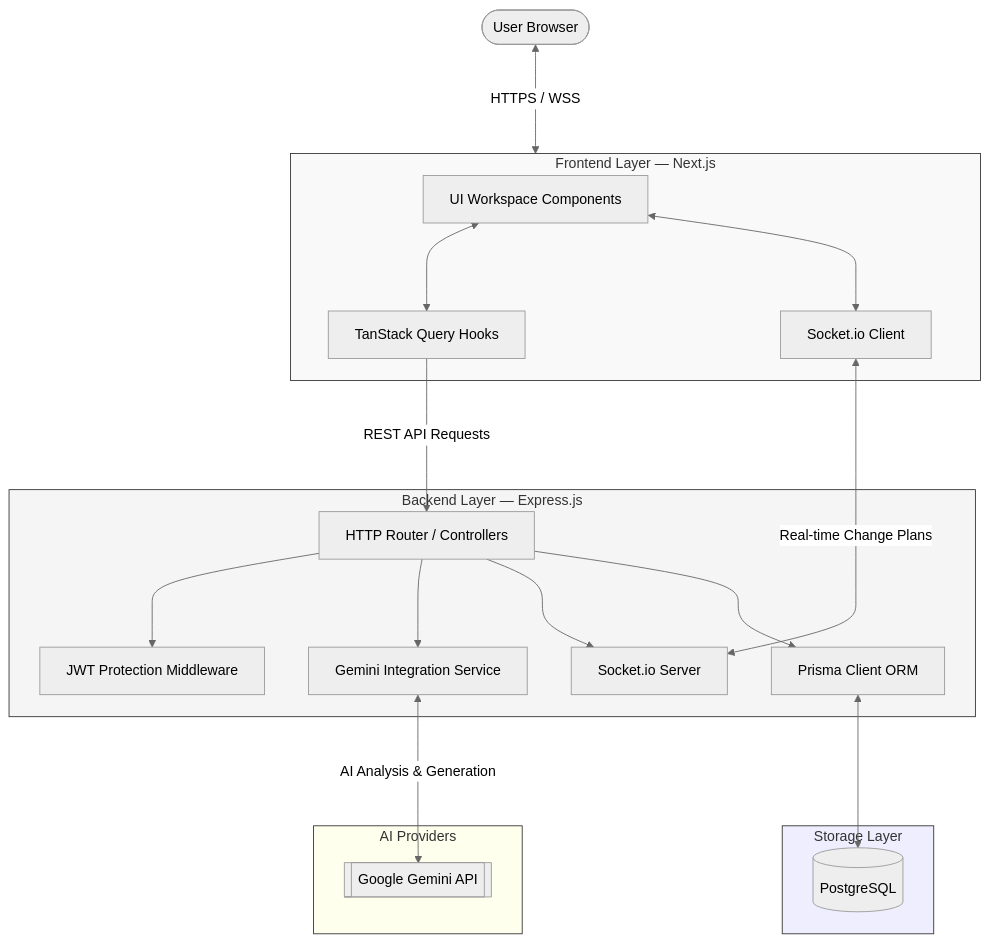
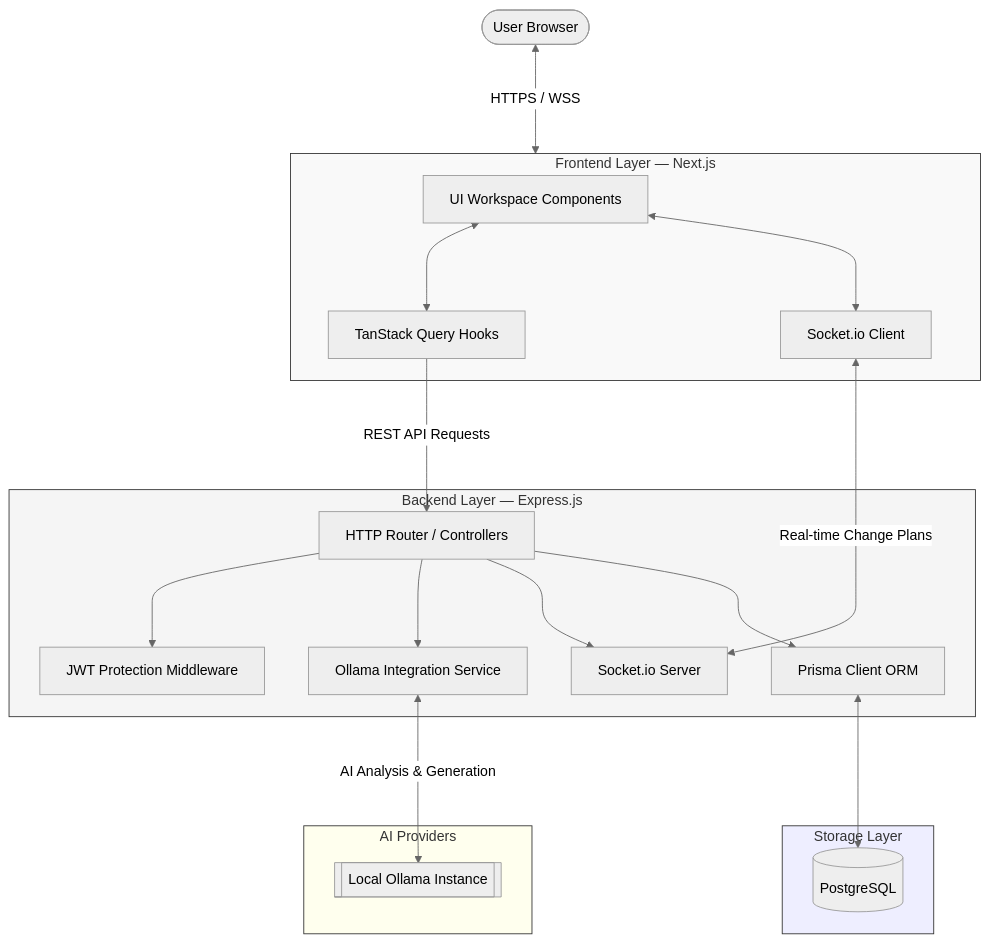
The first of 2 diagrams in README.md (ABDELRAHMAN-ELRAYES/PAD), drawn with Mermaid (neutral theme) before and after one commit. The commit also changed other lines of this file and 17 other files, not shown here.

Commit message:
Docs: Generated the app documents and diagrams

````diff
--- a/README.md
+++ b/README.md
@@ -52,43 +52,43 @@
 ```mermaid
 flowchart TD
     User([User Browser])
 
     subgraph Client [Frontend Layer — Next.js]
         UI[UI Workspace Components]
         TQ[TanStack Query Hooks]
         SIO_C[Socket.io Client]
     end
 
     subgraph Server [Backend Layer — Express.js]
         Router[HTTP Router / Controllers]
         Auth[JWT Protection Middleware]
-        Gemini[Gemini Integration Service]
+        Ollama[Ollama Integration Service]
         SIO_S[Socket.io Server]
         Prisma[Prisma Client ORM]
     end
 
     subgraph External [AI Providers]
-        GeminiAPI[[Google Gemini API]]
+        OllamaAPI[[Local Ollama Instance]]
     end
 
     subgraph Storage [Storage Layer]
         DB[(PostgreSQL)]
     end
 
     User <--->|"HTTPS / WSS"| Client
     UI <---> TQ
     UI <---> SIO_C
     TQ --->|"REST API Requests"| Router
     SIO_C <--->|"Real-time Change Plans"| SIO_S
     Router ---> Auth
-    Router ---> Gemini
+    Router ---> Ollama
     Router ---> SIO_S
-    Gemini <--->|"AI Analysis & Generation"| GeminiAPI
+    Ollama <--->|"AI Analysis & Generation"| OllamaAPI
     Router ---> Prisma
     Prisma <---> DB
 
     style Client fill:#f9f9f9,stroke:#333
     style Server fill:#f5f5f5,stroke:#333
     style Storage fill:#eef,stroke:#333
     style External fill:#ffe,stroke:#333
 ```
````
